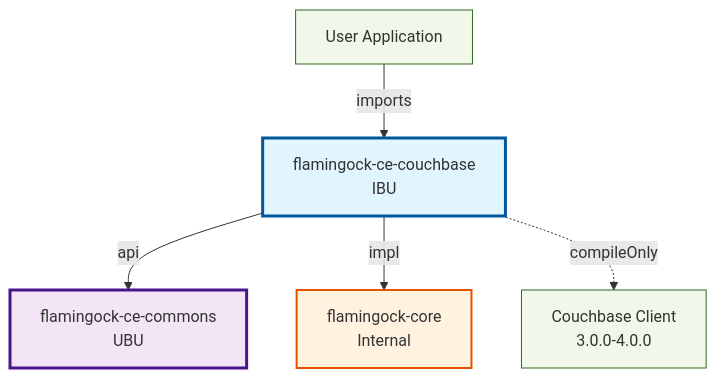
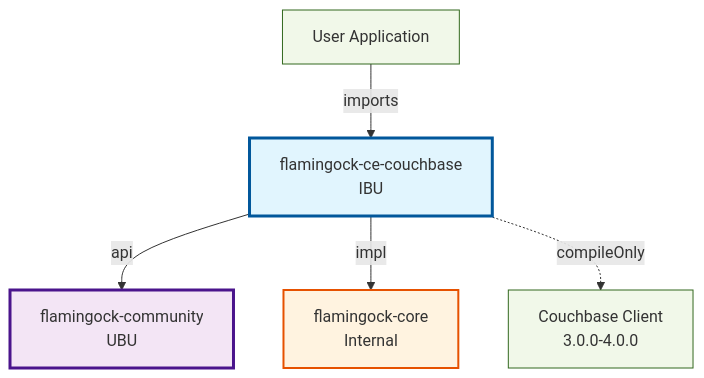
Before and after one commit to flamingock/flamingock-java: the sixth of 6 diagrams in docs/ARCHITECTURE_OVERVIEW.md, drawn with Mermaid. The commit also changed other lines of this file and 71 other files, not shown here.

Commit message:
feat: audit store (#331)

````diff
--- a/docs/ARCHITECTURE_OVERVIEW.md
+++ b/docs/ARCHITECTURE_OVERVIEW.md
@@ -383,19 +383,19 @@
 ```mermaid
 graph TB
     classDef ibu fill:#e1f5fe,stroke:#01579b,stroke-width:3px
     classDef ubu fill:#f3e5f5,stroke:#4a148c,stroke-width:3px
     classDef internal fill:#fff3e0,stroke:#e65100,stroke-width:2px
     classDef external fill:#f1f8e9,stroke:#33691e,stroke-width:1px
 
     User[User Application]:::external
     User -->|imports| flamingock-ce-couchbase
     
     flamingock-ce-couchbase[flamingock-ce-couchbase<br/>IBU]:::ibu
-    flamingock-ce-commons[flamingock-ce-commons<br/>UBU]:::ubu
+    flamingock-community[flamingock-community<br/>UBU]:::ubu
     flamingock-core[flamingock-core<br/>Internal]:::internal
-    CouchbaseDriver[Couchbase Client<br/>3.0.0-4.0.0]:::external
+    CouchbaseAuditStore[Couchbase Client<br/>3.0.0-4.0.0]:::external
     
-    flamingock-ce-couchbase -->|api| flamingock-ce-commons
+    flamingock-ce-couchbase -->|api| flamingock-community
     flamingock-ce-couchbase -->|impl| flamingock-core
-    flamingock-ce-couchbase -.->|compileOnly| CouchbaseDriver
+    flamingock-ce-couchbase -.->|compileOnly| CouchbaseAuditStore
 ```
````
